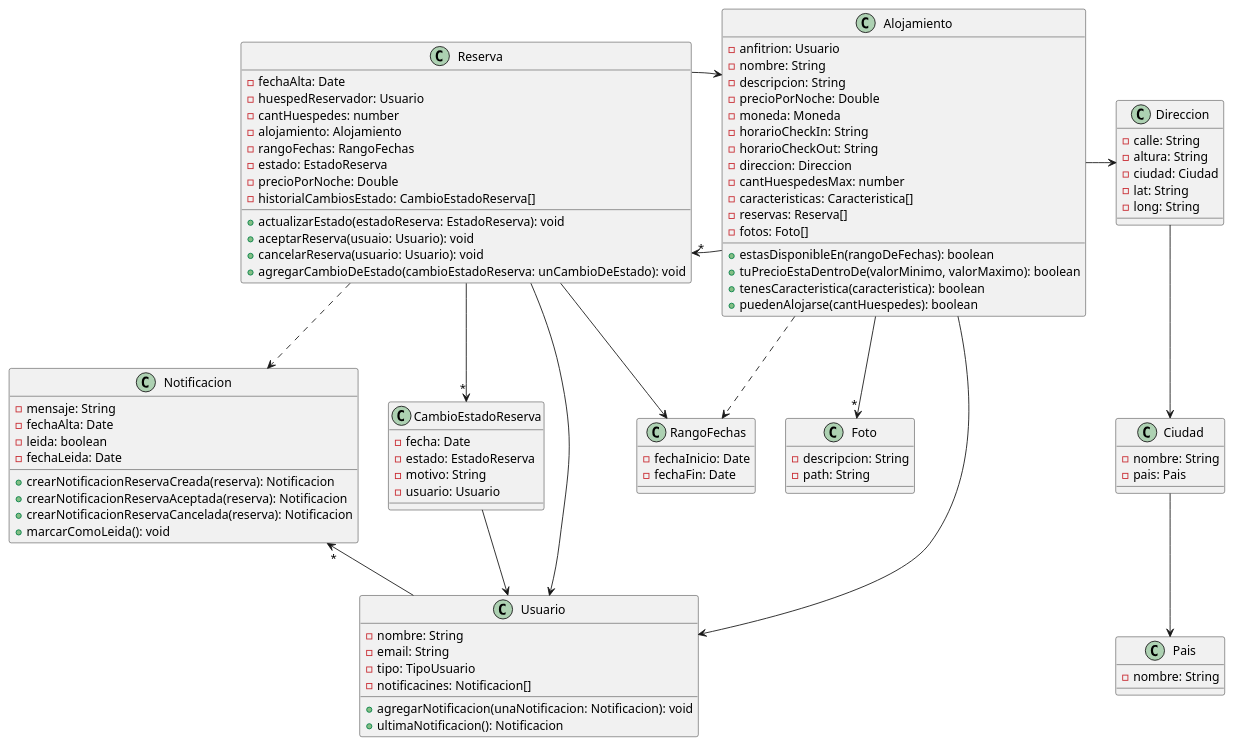
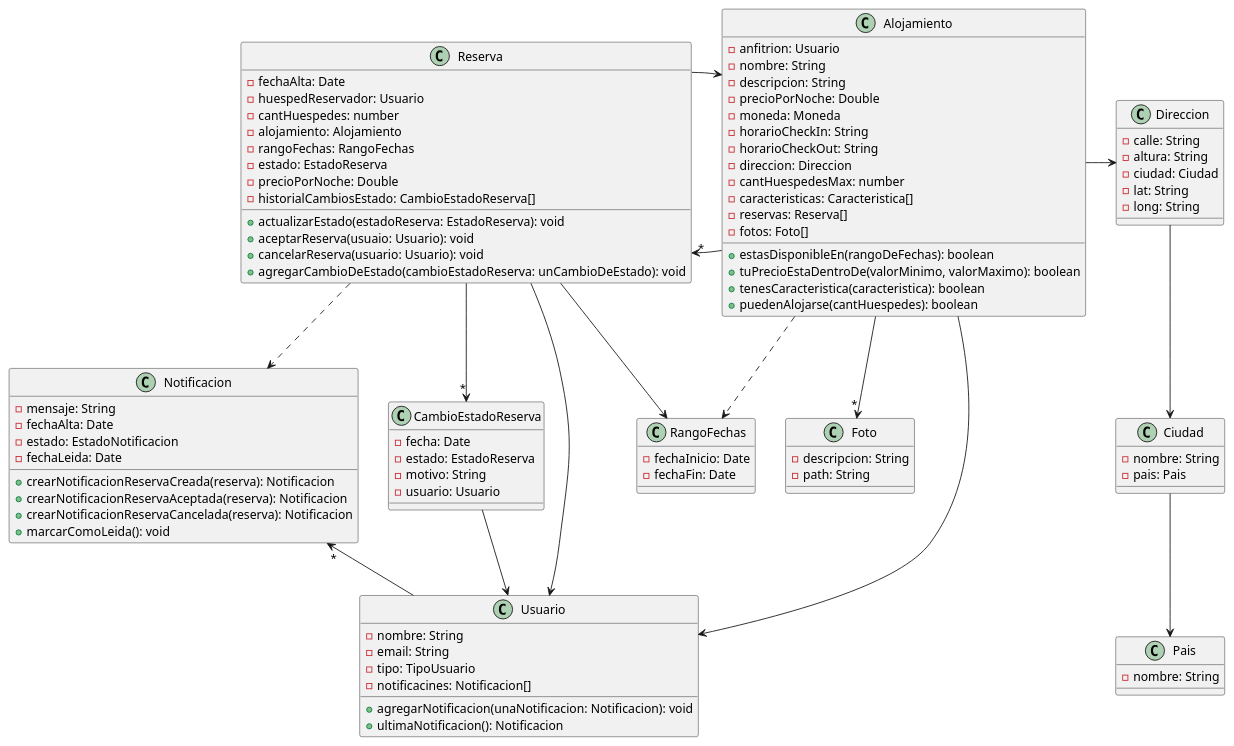
Before and after one commit to lrizzitano/TP-DdS-2025-1C-Birbnb: the diagram in diagrama-clases.plantuml, drawn with PlantUML. The commit also changed 2 other files, not shown here.

Commit message:
cambio atributo leida por estado en notificacion

```diff
--- a/diagrama-clases.plantuml
+++ b/diagrama-clases.plantuml
@@ -1,115 +1,115 @@
 @startuml birbnb
 
 class Alojamiento {
   - anfitrion: Usuario
   - nombre: String
   - descripcion: String
   - precioPorNoche: Double
   - moneda: Moneda
   - horarioCheckIn: String
   - horarioCheckOut: String
   - direccion: Direccion
   - cantHuespedesMax: number
   - caracteristicas: Caracteristica[]
   - reservas: Reserva[]
   - fotos: Foto[]
 
   + estasDisponibleEn(rangoDeFechas): boolean
   + tuPrecioEstaDentroDe(valorMinimo, valorMaximo): boolean
   + tenesCaracteristica(caracteristica): boolean
   + puedenAlojarse(cantHuespedes): boolean
 }
 
 class Foto {
   - descripcion: String
   - path: String
 }
 
 class Direccion {
   - calle: String
   - altura: String
   - ciudad: Ciudad
   - lat: String
   - long: String
 }
 
 class Ciudad {
   - nombre: String
   - pais: Pais
 }
 
 class Pais {
   - nombre: String
 }
 
 class RangoFechas {
   - fechaInicio: Date
   - fechaFin: Date
 }
 
 class Reserva {
   - fechaAlta: Date
   - huespedReservador: Usuario
   - cantHuespedes: number
   - alojamiento: Alojamiento
   - rangoFechas: RangoFechas
   - estado: EstadoReserva
   - precioPorNoche: Double
   - historialCambiosEstado: CambioEstadoReserva[]
 
   + actualizarEstado(estadoReserva: EstadoReserva): void
   + aceptarReserva(usuaio: Usuario): void
   + cancelarReserva(usuario: Usuario): void
   + agregarCambioDeEstado(cambioEstadoReserva: unCambioDeEstado): void
 }
 
 class CambioEstadoReserva {
   - fecha: Date
   - estado: EstadoReserva
   - motivo: String
   - usuario: Usuario
 }
 
 class Notificacion {
   - mensaje: String
   - fechaAlta: Date
-  - leida: boolean
+  - estado: EstadoNotificacion
   - fechaLeida: Date
 
   + crearNotificacionReservaCreada(reserva): Notificacion
   + crearNotificacionReservaAceptada(reserva): Notificacion
   + crearNotificacionReservaCancelada(reserva): Notificacion
   + marcarComoLeida(): void
 }
 
 class Usuario {
   - nombre: String
   - email: String
   - tipo: TipoUsuario
   - notificacines: Notificacion[]
 
   + agregarNotificacion(unaNotificacion: Notificacion): void
   + ultimaNotificacion(): Notificacion
 }
 
 Alojamiento -> Direccion
 Alojamiento -->"*" Foto
 Alojamiento --> Usuario
 Alojamiento ..> RangoFechas
 Alojamiento -l->"*" Reserva
 
 Reserva -r-> Alojamiento
 Reserva -l-> RangoFechas
 Reserva --> Usuario
 Reserva -->"*" CambioEstadoReserva
 
 Direccion --> Ciudad
 Ciudad --> Pais
 
 CambioEstadoReserva --> Usuario
 
 Usuario -u->"*" Notificacion
 
 Reserva .d.> Notificacion
 
 @enduml
```
